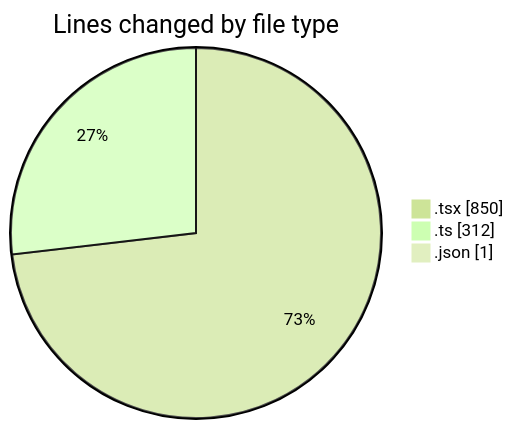
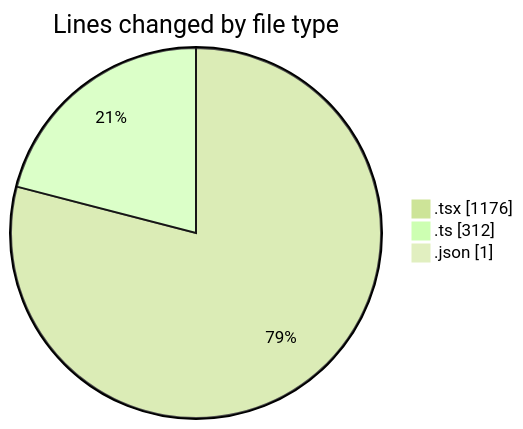
One commit to julien-gomy/code-tracking changed the first of 2 diagrams in 2025-10-08/eventscop-frontend-guide__workspace_/README.md. Above: the diagram before and after it, drawn with Mermaid (forest theme). The commit also changed other lines of this file and 1 other file, not shown here.

````diff
--- a/2025-10-08/eventscop-frontend-guide__workspace_/README.md
+++ b/2025-10-08/eventscop-frontend-guide__workspace_/README.md
@@ -27,7 +28,7 @@
 ```mermaid
 pie showData
 title Lines changed by file type
-".tsx" : 850
+".tsx" : 1176
 ".ts" : 312
 ".json" : 1
 ```
````
